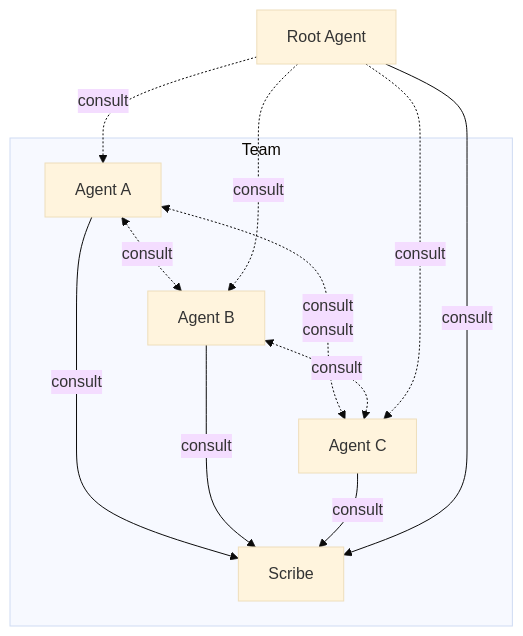
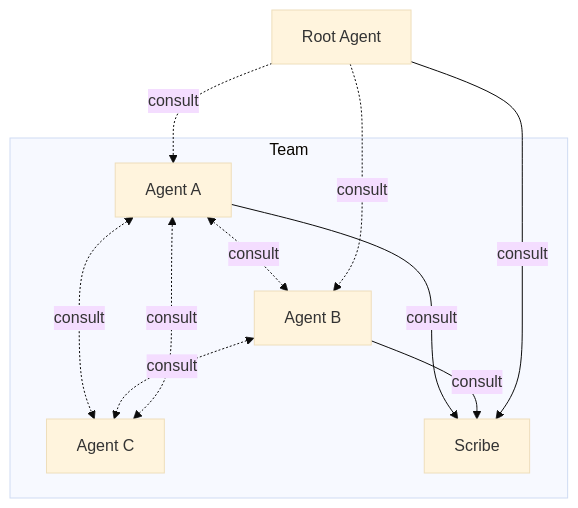
Before and after one commit to Kord96/kordinate: the diagram in docs/framework/overview.md, drawn with Mermaid (base theme).

Commit message:
Docs: separate consult links for multiple kords, reduce clutter [scribe]

````diff
--- a/docs/framework/overview.md
+++ b/docs/framework/overview.md
@@ -3,18 +3,17 @@
 ```mermaid
 flowchart TB
     ROOT[Root Agent]
 
     subgraph team[Team]
         A1[Agent A] <-.->|consult| A2[Agent B]
-        A1 <-.->|consult\nconsult| A3[Agent C]
+        A1 <-.->|consult| A3[Agent C]
+        A3 <-.->|consult| A1
         A2 <-.->|consult| A3
         A1 -->|consult| SC[Scribe]
         A2 -->|consult| SC
-        A3 -->|consult| SC
     end
 
     ROOT -.->|consult| A1
     ROOT -.->|consult| A2
-    ROOT -.->|consult| A3
     ROOT -->|consult| SC
 ```
````
